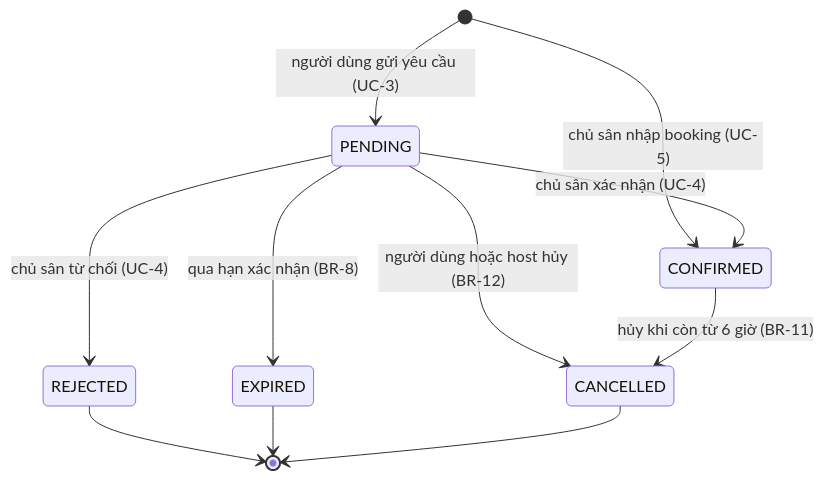
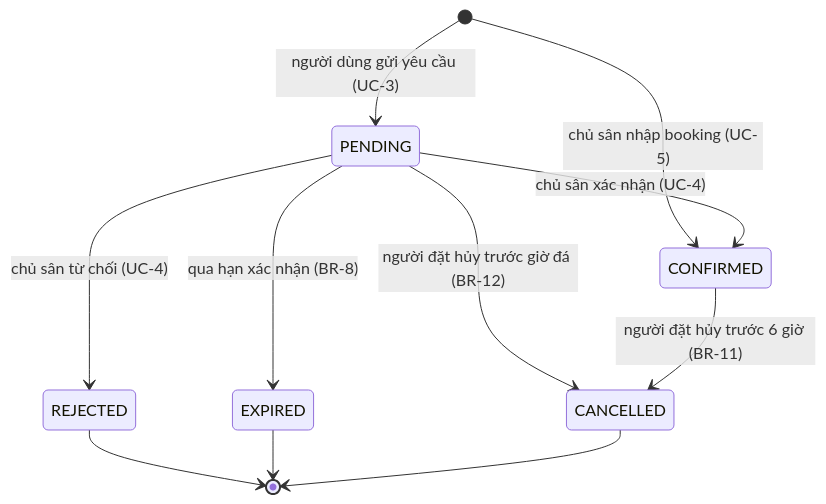
The seventh of 9 diagrams in docs/requirements/models.md (Tlerd/MON-Sport), drawn with Mermaid before and after one commit. The commit also changed other lines of this file, not shown here.

First line of the commit message:
docs: models, diagrams and CRUD matrix

````diff
--- a/docs/requirements/models.md
+++ b/docs/requirements/models.md
@@ -32,13 +195,13 @@
 ```mermaid
 stateDiagram-v2
-  [*] --> PENDING : người dùng gửi yêu cầu (UC-3)
-  [*] --> CONFIRMED : chủ sân nhập booking (UC-5)
-  PENDING --> CONFIRMED : chủ sân xác nhận (UC-4)
-  PENDING --> REJECTED : chủ sân từ chối (UC-4)
-  PENDING --> EXPIRED : qua hạn xác nhận (BR-8)
-  PENDING --> CANCELLED : người dùng hoặc host hủy (BR-12)
-  CONFIRMED --> CANCELLED : hủy khi còn từ 6 giờ (BR-11)
-  REJECTED --> [*]
-  EXPIRED --> [*]
-  CANCELLED --> [*]
+    [*] --> PENDING : người dùng gửi yêu cầu (UC-3)
+    [*] --> CONFIRMED : chủ sân nhập booking (UC-5)
+    PENDING --> CONFIRMED : chủ sân xác nhận (UC-4)
+    PENDING --> REJECTED : chủ sân từ chối (UC-4)
+    PENDING --> EXPIRED : qua hạn xác nhận (BR-8)
+    PENDING --> CANCELLED : người đặt hủy trước giờ đá (BR-12)
+    CONFIRMED --> CANCELLED : người đặt hủy trước 6 giờ (BR-11)
+    REJECTED --> [*]
+    EXPIRED --> [*]
+    CANCELLED --> [*]
 ```
````
